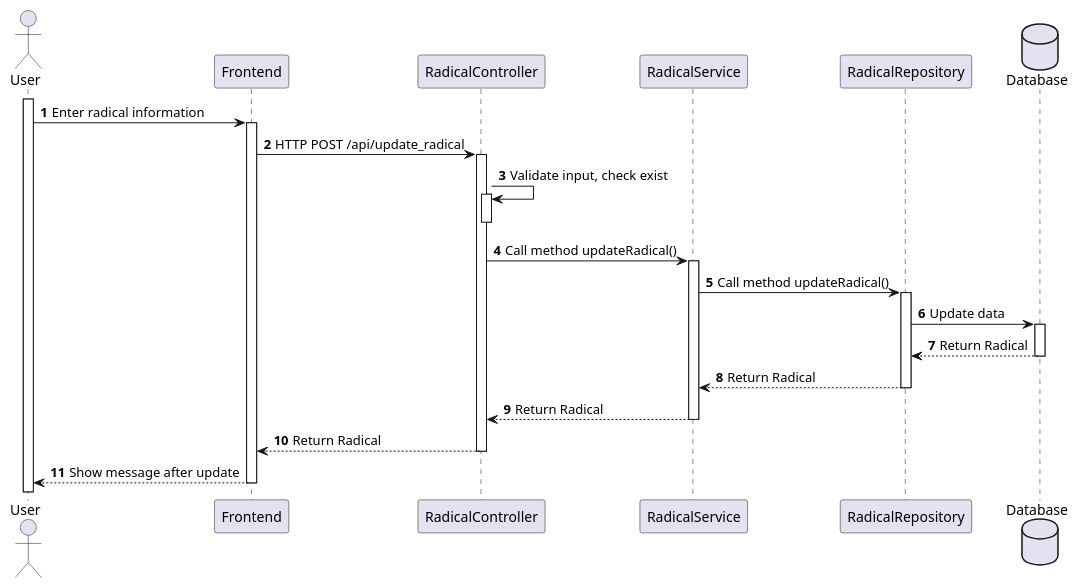
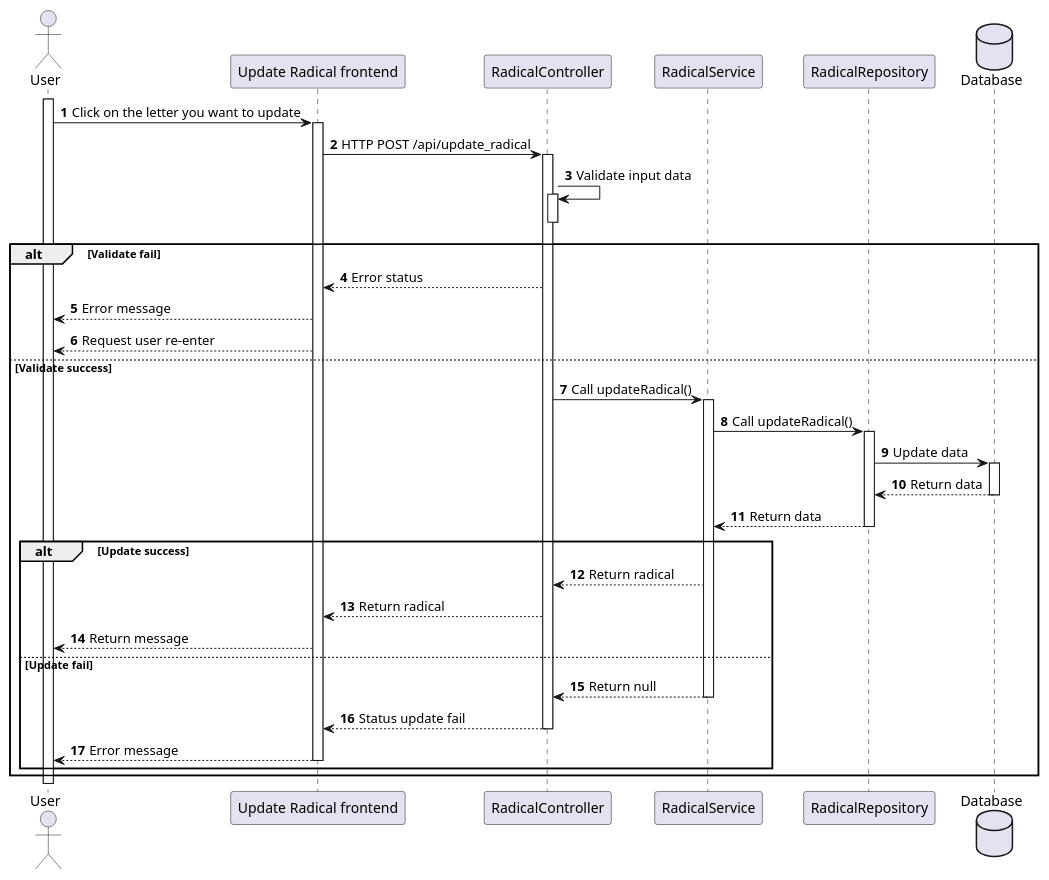
Before and after one commit to Annthe160639/japanese-app: the diagram in japanese-app/plant_uml/Radical/[Sequence] Radical_Update.puml, drawn with PlantUML. The commit also changed 13 other files, not shown here.

```diff
--- a/japanese-app/plant_uml/Radical/[Sequence] Radical_Update.puml
+++ b/japanese-app/plant_uml/Radical/[Sequence] Radical_Update.puml
@@ -1,38 +1,53 @@
 @startuml
+'https://plantuml.com/sequence-diagram
+
+autonumber
+
 actor User
-'participant "Homepage Activity" as Homepage
-participant "Frontend" as Frontend
+
+participant "Update Radical frontend" as fe
 participant "RadicalController" as Controller
 participant "RadicalService" as Service
 participant "RadicalRepository" as Repository
 
 database Database
-
-'
-'Use case: Xem danh sách bộ thủ
-'
-
 activate User
 
-autonumber
-User -> Frontend++: Enter radical information
+User -> fe++: Click on the letter you want to update
 
-'
-'Call API get list radical category
-'
-'Homepage -> Radical++: startActivity(intent)
-Frontend -> Controller++: HTTP POST /api/update_radical
-Controller -> Controller: Validate input, check exist
+fe -> Controller++: HTTP POST /api/update_radical
+
+Controller -> Controller: Validate input data
 activate Controller
 deactivate Controller
-Controller -> Service++: Call method updateRadical()
-Service -> Repository++: Call method updateRadical()
+
+alt Validate fail
+Controller-->fe: Error status
+fe-->User: Error message
+fe-->User: Request user re-enter
+else Validate success
+Controller -> Service++: Call updateRadical()
+Service -> Repository++: Call updateRadical()
 Repository -> Database++: Update data
-Database --> Repository--: Return Radical
-Repository --> Service--: Return Radical
-Service --> Controller--: Return Radical
-Controller --> Frontend--: Return Radical
-Frontend --> User--: Show message after update
+Database --> Repository--: Return data
+Repository --> Service--: Return data
+
+    alt Update success
+
+Service --> Controller: Return radical
+Controller --> fe: Return radical
+fe --> User: Return message
+
+    else Update fail
+
+Service --> Controller--: Return null
+Controller --> fe--: Status update fail
+fe --> User--: Error message
+
+end
+
+end
+
 
 
 @enduml
```
